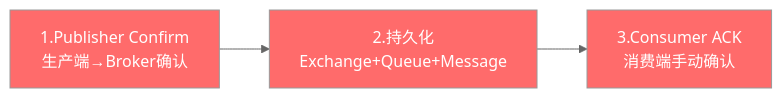
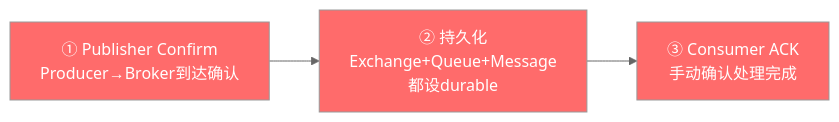
Before and after one commit to qigao0787-ops/gq-test: diagram 23 of 31 in document/strengthen/分布式技术面试总结_增强版.md, drawn with Mermaid (neutral theme). The commit also changed other lines of this file, not shown here.

````diff
--- a/document/strengthen/分布式技术面试总结_增强版.md
+++ b/document/strengthen/分布式技术面试总结_增强版.md
@@ -1782,9 +1973,9 @@
 ```mermaid
 flowchart LR
-    A["1.Publisher Confirm<br/>生产端→Broker确认"] --> B["2.持久化<br/>Exchange+Queue+Message"]
-    B --> C["3.Consumer ACK<br/>消费端手动确认"]
+    A["① Publisher Confirm<br/>Producer→Broker到达确认"] --> B["② 持久化<br/>Exchange+Queue+Message<br/>都设durable"]
+    B --> C["③ Consumer ACK<br/>手动确认处理完成"]
 
     style A fill:#ff6b6b,color:#fff
     style B fill:#ff6b6b,color:#fff
     style C fill:#ff6b6b,color:#fff
 ```
````
